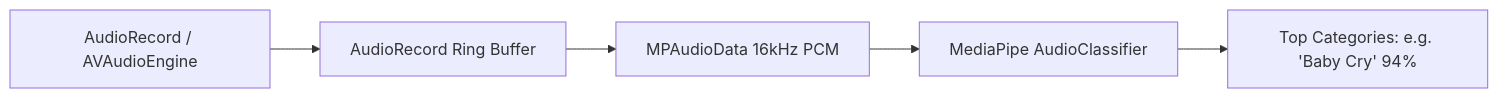
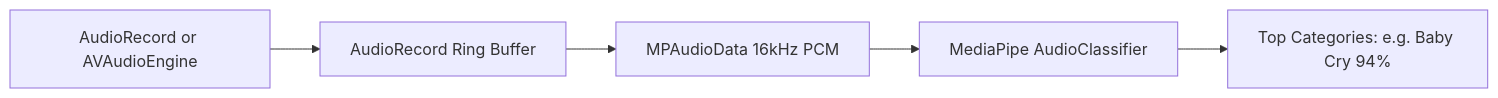
The third of 3 diagrams in engineering/growth-and-internals/07_Real_Time_Image_Audio_Processing_MediaPipe.md (vennamprasad/awesome-mobile-interviews), drawn with Mermaid before and after one commit. The commit also changed other lines of this file and 7 other files, not shown here.

Commit message:
fix(growth-and-internals): resolve Mermaid diagram syntax and quoting for GitHub rich display

````diff
--- a/engineering/growth-and-internals/07_Real_Time_Image_Audio_Processing_MediaPipe.md
+++ b/engineering/growth-and-internals/07_Real_Time_Image_Audio_Processing_MediaPipe.md
@@ -207,7 +207,7 @@
 ```mermaid
 graph LR
-    Mic[AudioRecord / AVAudioEngine] --> RingBuffer[AudioRecord Ring Buffer]
-    RingBuffer --> Waveform[MPAudioData 16kHz PCM]
-    Waveform --> AudioTask[MediaPipe AudioClassifier]
-    AudioTask --> Classification[Top Categories: e.g. 'Baby Cry' 94%]
+    Mic["AudioRecord or AVAudioEngine"] --> RingBuffer["AudioRecord Ring Buffer"]
+    RingBuffer --> Waveform["MPAudioData 16kHz PCM"]
+    Waveform --> AudioTask["MediaPipe AudioClassifier"]
+    AudioTask --> Classification["Top Categories: e.g. Baby Cry 94%"]
 ```
````
